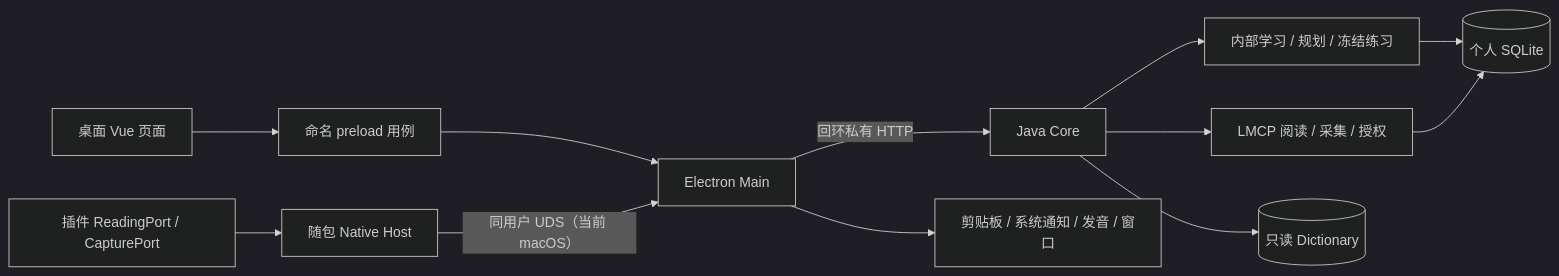
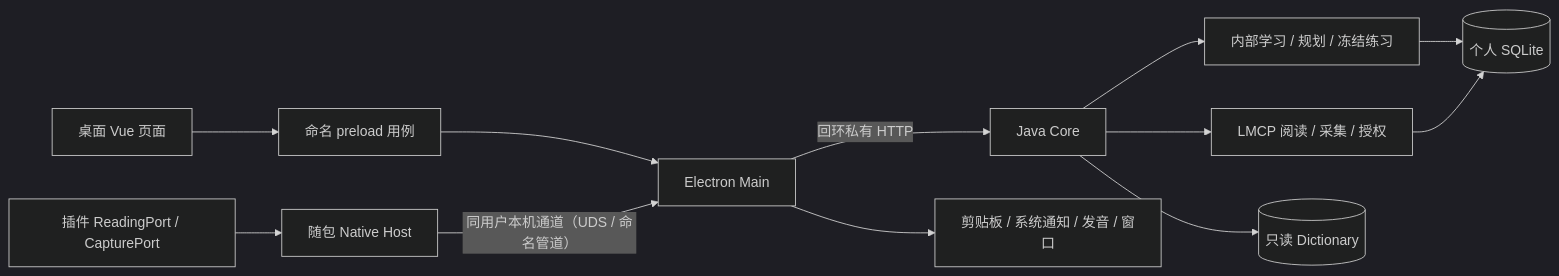
The diagram in docs/diagrams/figure-a3cd18cd19-01.mmd (leximeet/leximeet-desktop), drawn with Mermaid (dark theme) before and after one commit. The commit also changed 70 other files, not shown here.

```diff
--- a/docs/diagrams/figure-a3cd18cd19-01.mmd
+++ b/docs/diagrams/figure-a3cd18cd19-01.mmd
@@ -1,12 +1,12 @@
 flowchart LR
   U[桌面 Vue 页面] --> P[命名 preload 用例]
   P --> M[Electron Main]
   B[插件 ReadingPort / CapturePort] --> H[随包 Native Host]
-  H -->|同用户 UDS（当前 macOS）| M
+  H -->|同用户本机通道（UDS / 命名管道）| M
   M -->|回环私有 HTTP| C[Java Core]
   C --> L[内部学习 / 规划 / 冻结练习]
   C --> R[LMCP 阅读 / 采集 / 授权]
   L --> S[(个人 SQLite)]
   R --> S
   C --> D[(只读 Dictionary)]
   M --> N[剪贴板 / 系统通知 / 发音 / 窗口]
```
